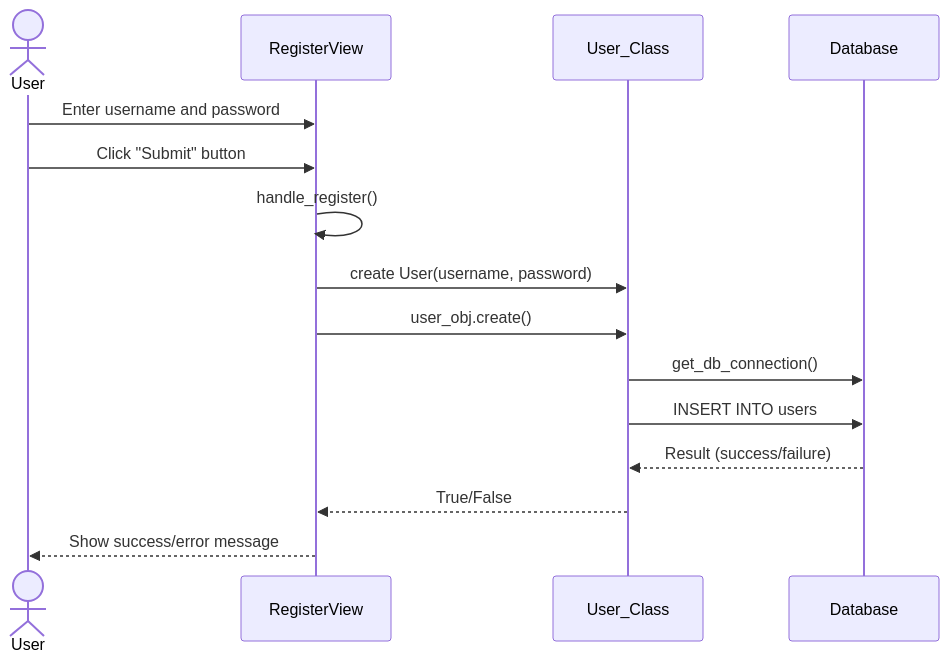
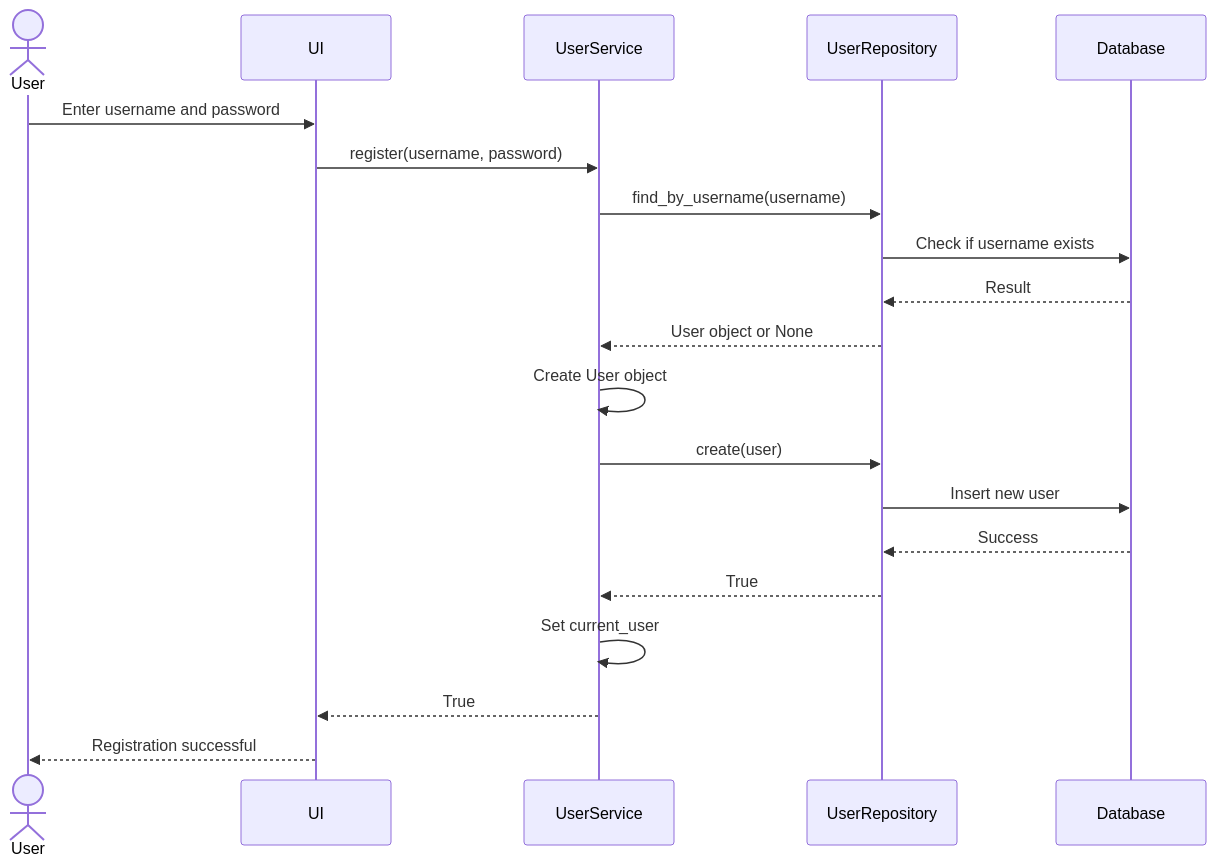
One commit to imsyc75/ot-harjoitustyo changed the second of 4 diagrams in dokumentaatio/arkkitehtuuri.md. Above: the diagram before and after it, drawn with Mermaid. The commit also changed other lines of this file and 9 other files, not shown here.

````diff
--- a/dokumentaatio/arkkitehtuuri.md
+++ b/dokumentaatio/arkkitehtuuri.md
@@ -44,18 +82,23 @@
 ```mermaid
 sequenceDiagram
-    actor User
-    participant RegisterView
-    participant User_Class
-    participant Database
-    
-    User->>RegisterView: Enter username and password
-    User->>RegisterView: Click "Submit" button
-    RegisterView->>RegisterView: handle_register()
-    RegisterView->>User_Class: create User(username, password)
-    RegisterView->>User_Class: user_obj.create()
-    User_Class->>Database: get_db_connection()
-    User_Class->>Database: INSERT INTO users
-    Database-->>User_Class: Result (success/failure)
-    User_Class-->>RegisterView: True/False
-    RegisterView-->>User: Show success/error message
+  actor User
+  participant UI
+  participant UserService
+  participant UserRepository
+  participant Database
+  
+  User->>UI: Enter username and password
+  UI->>UserService: register(username, password)
+  UserService->>UserRepository: find_by_username(username)
+  UserRepository->>Database: Check if username exists
+  Database-->>UserRepository: Result
+  UserRepository-->>UserService: User object or None
+  UserService->>UserService: Create User object
+  UserService->>UserRepository: create(user)
+  UserRepository->>Database: Insert new user
+  Database-->>UserRepository: Success
+  UserRepository-->>UserService: True
+  UserService->>UserService: Set current_user
+  UserService-->>UI: True
+  UI-->>User: Registration successful
 ```
````
